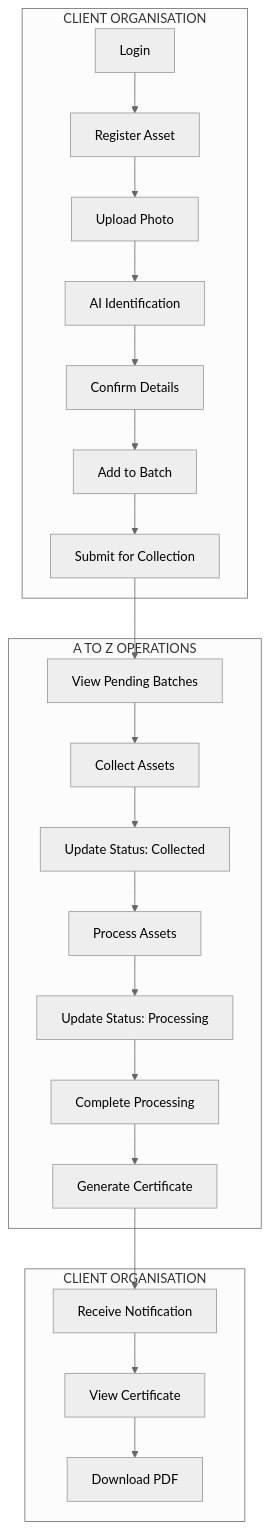
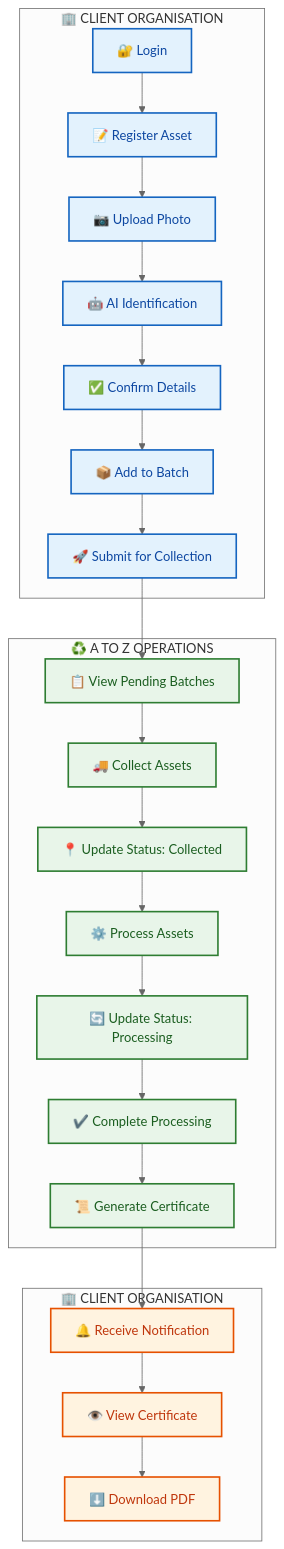
Before and after one commit to nugehs/ai-reclaim-m0: the first of 8 diagrams in docs/USER-FLOWS.md, drawn with Mermaid (neutral theme). The commit also changed other lines of this file and 12 other files, not shown here.

````diff
--- a/docs/USER-FLOWS.md
+++ b/docs/USER-FLOWS.md
@@ -18,28 +30,37 @@
 ```mermaid
 flowchart TB
-    subgraph "CLIENT ORGANISATION"
-        A1[Login] --> A2[Register Asset]
-        A2 --> A3[Upload Photo]
-        A3 --> A4[AI Identification]
-        A4 --> A5[Confirm Details]
-        A5 --> A6[Add to Batch]
-        A6 --> A7[Submit for Collection]
+    subgraph CLIENT1["🏢 CLIENT ORGANISATION"]
+        A1[🔐 Login] --> A2[📝 Register Asset]
+        A2 --> A3[📷 Upload Photo]
+        A3 --> A4[🤖 AI Identification]
+        A4 --> A5[✅ Confirm Details]
+        A5 --> A6[📦 Add to Batch]
+        A6 --> A7[🚀 Submit for Collection]
     end
 
-    subgraph "A TO Z OPERATIONS"
-        B1[View Pending Batches] --> B2[Collect Assets]
-        B2 --> B3[Update Status: Collected]
-        B3 --> B4[Process Assets]
-        B4 --> B5[Update Status: Processing]
-        B5 --> B6[Complete Processing]
-        B6 --> B7[Generate Certificate]
+    subgraph ATOZ["♻️ A TO Z OPERATIONS"]
+        B1[📋 View Pending Batches] --> B2[🚚 Collect Assets]
+        B2 --> B3[📍 Update Status: Collected]
+        B3 --> B4[⚙️ Process Assets]
+        B4 --> B5[🔄 Update Status: Processing]
+        B5 --> B6[✔️ Complete Processing]
+        B6 --> B7[📜 Generate Certificate]
     end
 
-    subgraph "CLIENT ORGANISATION "
-        C1[Receive Notification] --> C2[View Certificate]
-        C2 --> C3[Download PDF]
+    subgraph CLIENT2["🏢 CLIENT ORGANISATION"]
+        C1[🔔 Receive Notification] --> C2[👁️ View Certificate]
+        C2 --> C3[⬇️ Download PDF]
     end
 
     A7 --> B1
     B7 --> C1
+
+    %% Styling
+    classDef clientStyle fill:#e3f2fd,stroke:#1565c0,stroke-width:2px,color:#0d47a1
+    classDef opStyle fill:#e8f5e9,stroke:#2e7d32,stroke-width:2px,color:#1b5e20
+    classDef resultStyle fill:#fff3e0,stroke:#e65100,stroke-width:2px,color:#bf360c
+
+    class A1,A2,A3,A4,A5,A6,A7 clientStyle
+    class B1,B2,B3,B4,B5,B6,B7 opStyle
+    class C1,C2,C3 resultStyle
 ```
````
